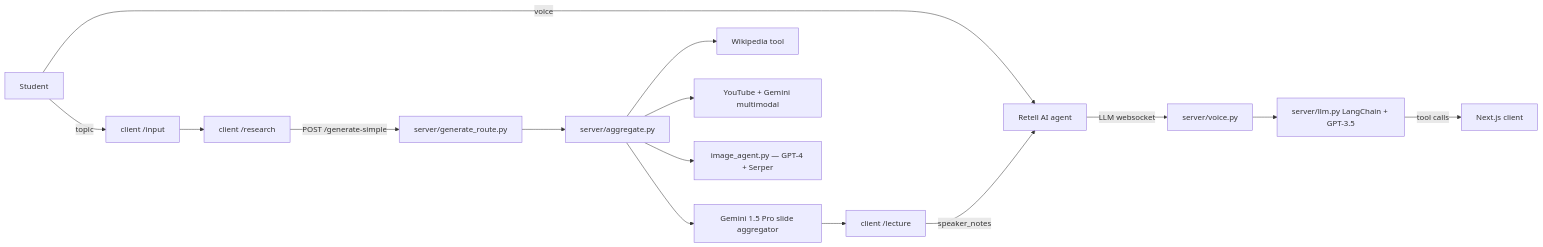
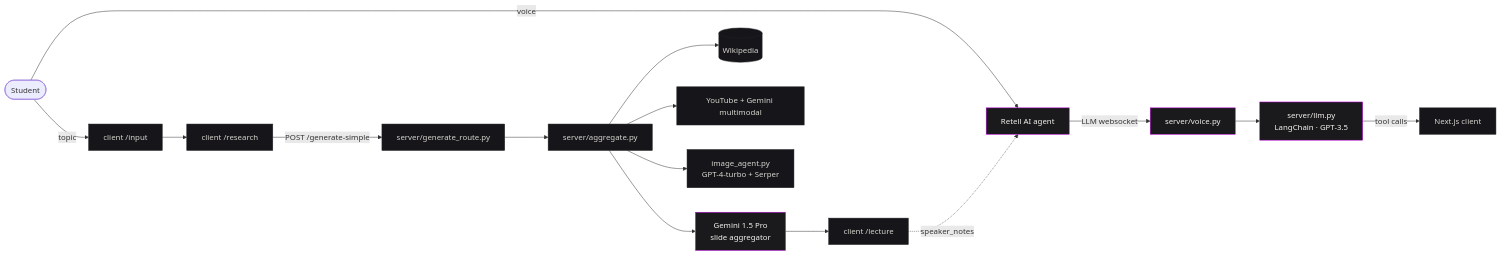
The first of 2 diagrams in README.md (IdkwhatImD0ing/AdaptEd), drawn with Mermaid before and after one commit. The commit also changed other lines of this file and 33 other files, not shown here.

````diff
--- a/README.md
+++ b/README.md
@@ -37,18 +121,23 @@
 ```mermaid
 flowchart LR
-  user[Student] -- voice --> retell[Retell AI agent]
+  user([Student]) -- voice --> retell[Retell AI agent]
   retell -- LLM websocket --> voice["server/voice.py"]
-  voice --> llm["server/llm.py LangChain + GPT-3.5"]
+  voice --> llm["server/llm.py<br/>LangChain · GPT-3.5"]
   llm -- tool calls --> client[Next.js client]
 
   user -- topic --> input["client /input"]
   input --> research["client /research"]
   research -- POST /generate-simple --> generate["server/generate_route.py"]
   generate --> aggregate["server/aggregate.py"]
-  aggregate --> wiki[Wikipedia tool]
+  aggregate --> wiki[(Wikipedia)]
   aggregate --> youtube["YouTube + Gemini multimodal"]
-  aggregate --> images["image_agent.py — GPT-4 + Serper"]
-  aggregate --> gemini["Gemini 1.5 Pro slide aggregator"]
+  aggregate --> images["image_agent.py<br/>GPT-4-turbo + Serper"]
+  aggregate --> gemini["Gemini 1.5 Pro<br/>slide aggregator"]
   gemini --> lectureView["client /lecture"]
-  lectureView -- speaker_notes --> retell
+  lectureView -. speaker_notes .-> retell
+
+  classDef hot fill:#1a1a1d,stroke:#c700e7,color:#f5f4f0;
+  classDef cold fill:#15151a,stroke:#252528,color:#d8d6cf;
+  class retell,voice,llm,gemini hot;
+  class input,research,generate,aggregate,wiki,youtube,images,client,lectureView cold;
 ```
````
